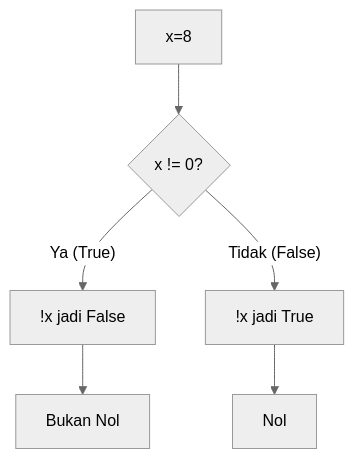
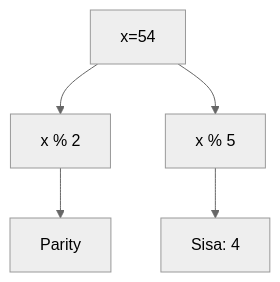
Diagram 12 of 25 in part-c-pemahaman-cpp/02-percabangan/latihan/set-12.md (amnahwaida/OSNK_INF_PREP), drawn with Mermaid (neutral theme) before and after one commit. The commit also changed other lines of this file and 71 other files, not shown here.

````diff
--- a/part-c-pemahaman-cpp/02-percabangan/latihan/set-12.md
+++ b/part-c-pemahaman-cpp/02-percabangan/latihan/set-12.md
@@ -322,8 +356,7 @@
 ```mermaid
 graph TD
-    A[x=8] --> B{x != 0?}
-    B -- Ya (True) --> C["!x jadi False"]
-    B -- Tidak (False) --> D["!x jadi True"]
-    C --> E[Bukan Nol]
-    D --> F[Nol]
+A[x=54] --> B[x % 2]
+B --> C[Parity]
+A --> D[x % 5]
+D --> E[Sisa: 4]
 ```
````
